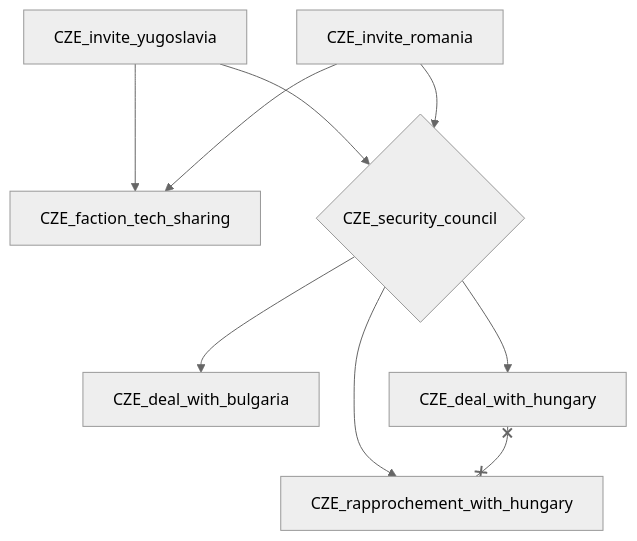
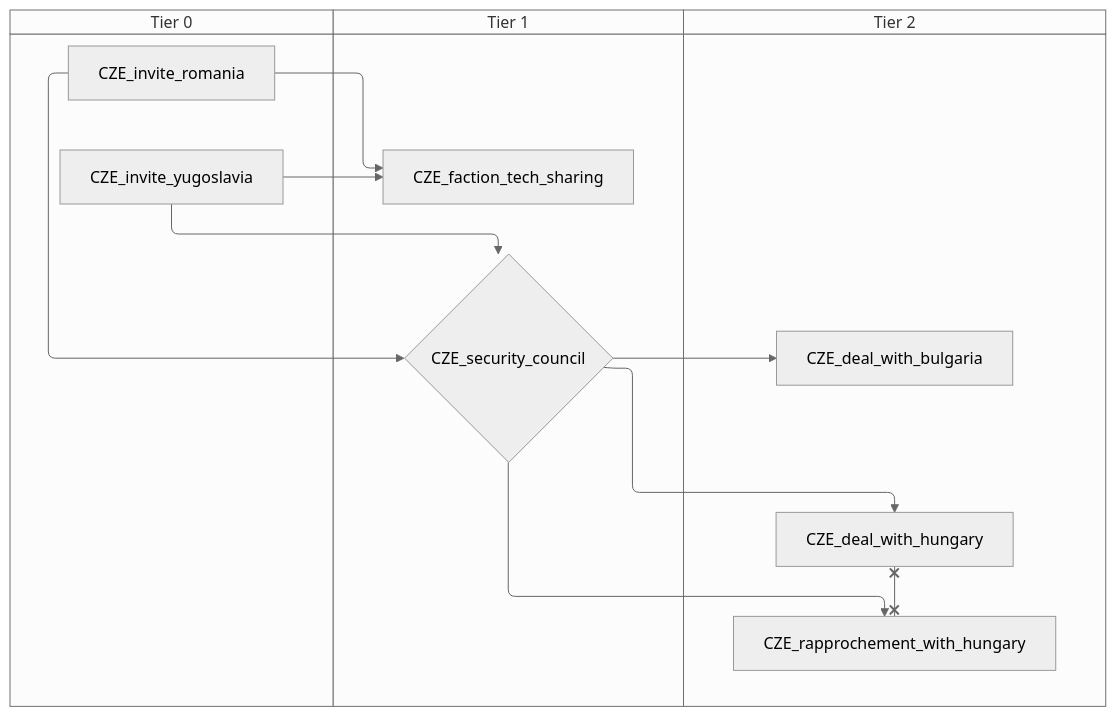
Before and after one commit to evgeny-sobol/hoi4-sandbox-mode-r56: the eighth of 8 diagrams in docs/gdd/National Focuses/r56/czechoslovakia.md, drawn with Mermaid (neutral theme). The commit also changed other lines of this file and 423 other files, not shown here.

First line of the commit message:
Re-export Rt56 focus trees as swimlane diagrams

````diff
--- a/docs/gdd/National Focuses/r56/czechoslovakia.md
+++ b/docs/gdd/National Focuses/r56/czechoslovakia.md
@@ -246,18 +314,24 @@
 ```mermaid
-flowchart TD
-    n82["CZE_deal_with_bulgaria"]
-    n83["CZE_deal_with_hungary"]
-    n84["CZE_faction_tech_sharing"]
-    n85["CZE_invite_romania"]
-    n86["CZE_invite_yugoslavia"]
-    n87["CZE_rapprochement_with_hungary"]
-    n88{"CZE_security_council"}
-    n88 --> n82
-    n88 --> n83
-    n86 --> n84
-    n85 --> n84
-    n88 --> n87
-    n86 --> n88
+swimlane-beta TD
+    subgraph tier_0["Tier 0"]
+        n82["CZE_invite_romania"]
+        n83["CZE_invite_yugoslavia"]
+    end
+    subgraph tier_1["Tier 1"]
+        n84["CZE_faction_tech_sharing"]
+        n85{"CZE_security_council"}
+    end
+    subgraph tier_2["Tier 2"]
+        n86["CZE_deal_with_bulgaria"]
+        n87["CZE_deal_with_hungary"]
+        n88["CZE_rapprochement_with_hungary"]
+    end
+    n85 --> n86
+    n85 --> n87
+    n83 --> n84
+    n82 --> n84
     n85 --> n88
-    n83 x--x n87
+    n83 --> n85
+    n82 --> n85
+    n87 x--x n88
 ```
````
